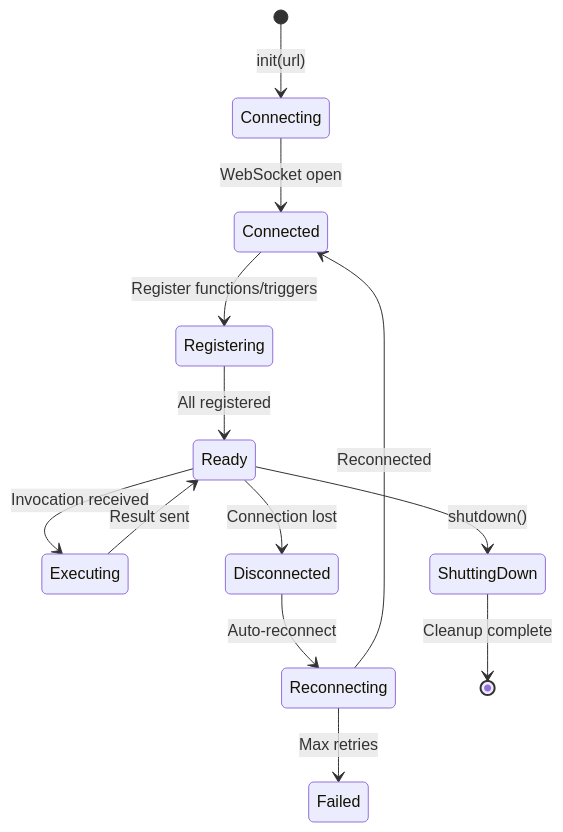
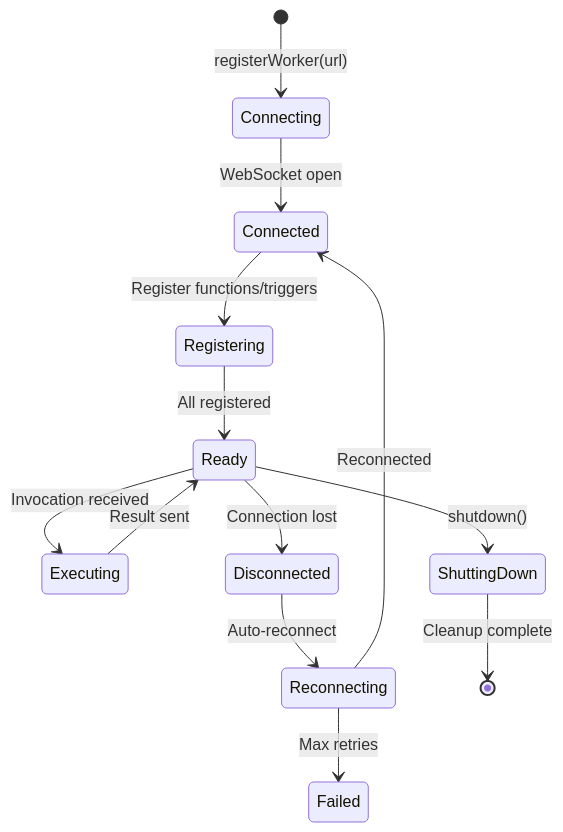
One commit to MotiaDev/motia changed the second of 4 diagrams in docs/content/workers.mdx. Above: the diagram before and after it, drawn with Mermaid. The commit also changed other lines of this file and 46 other files, not shown here.

````diff
--- a/docs/content/workers.mdx
+++ b/docs/content/workers.mdx
@@ -39,15 +39,15 @@
 ```mermaid
 stateDiagram-v2
-    [*] --> Connecting: init(url)
+    [*] --> Connecting: registerWorker(url)
     Connecting --> Connected: WebSocket open
     Connected --> Registering: Register functions/triggers
     Registering --> Ready: All registered
     Ready --> Executing: Invocation received
     Executing --> Ready: Result sent
     Ready --> Disconnected: Connection lost
     Disconnected --> Reconnecting: Auto-reconnect
     Reconnecting --> Connected: Reconnected
     Reconnecting --> Failed: Max retries
     Ready --> ShuttingDown: shutdown()
     ShuttingDown --> [*]: Cleanup complete
 ```
````
